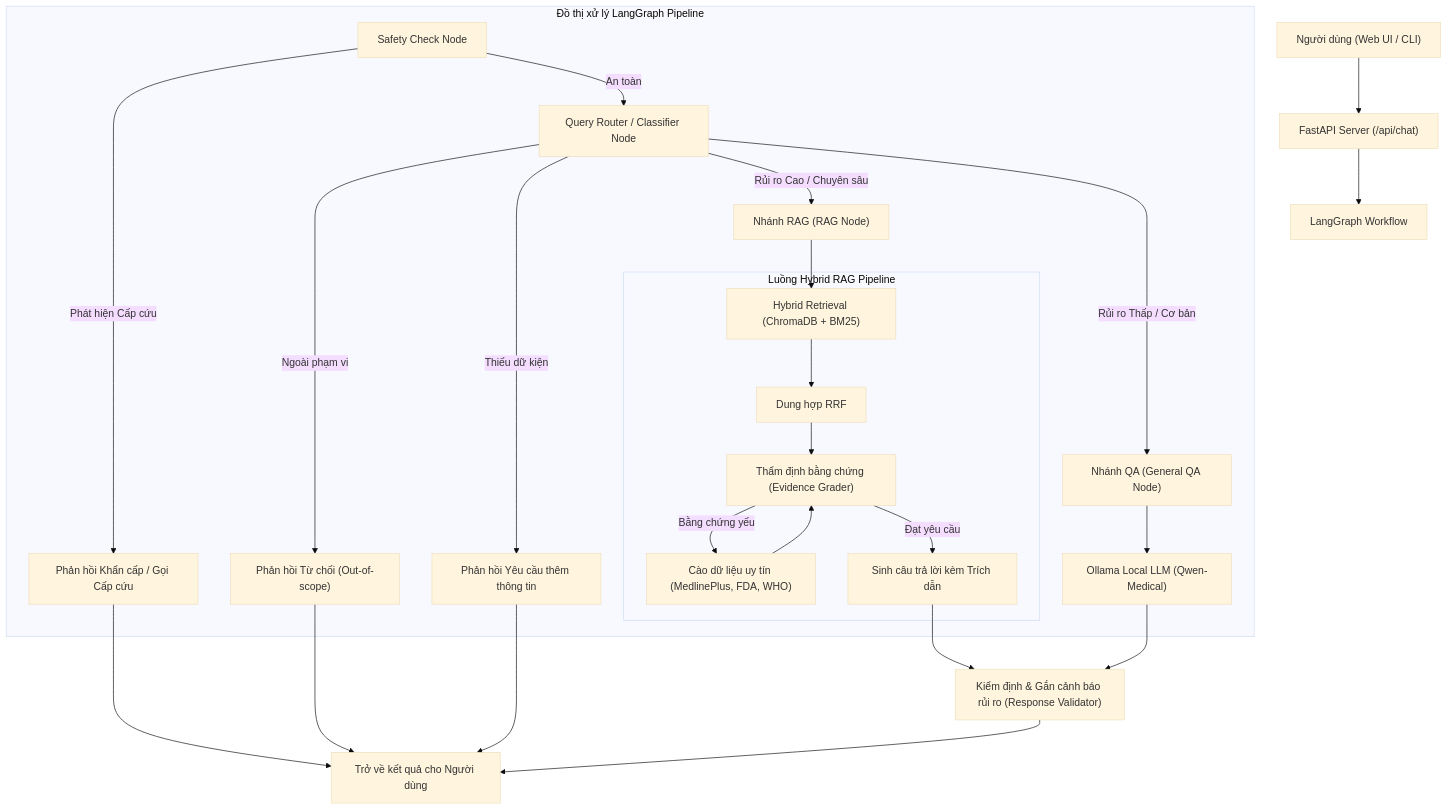
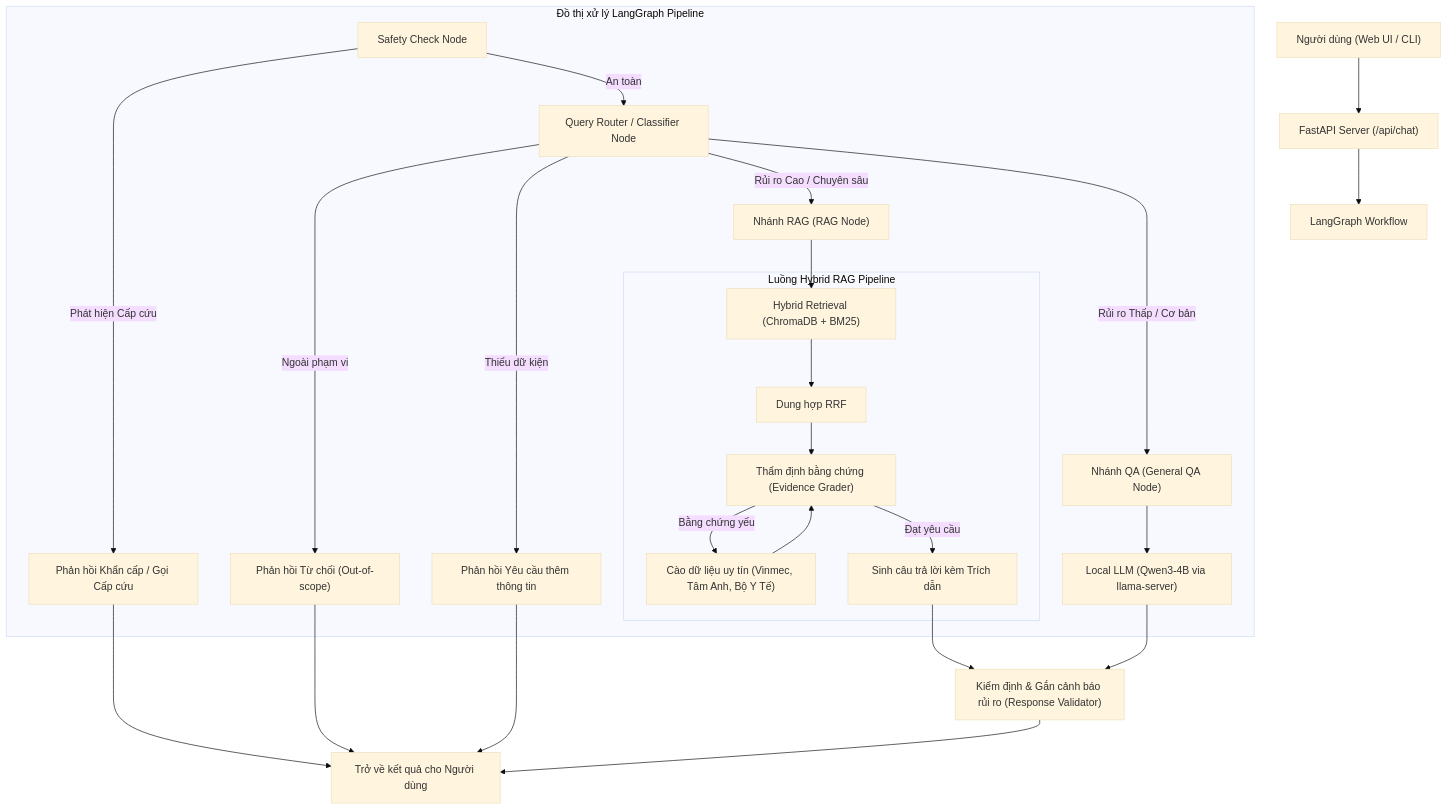
The diagram in README.md (hohiphop1234/Intelligent-Medical-Assistant-for-Healthcare-Consultation), drawn with Mermaid (base theme) before and after one commit. The commit also changed other lines of this file and 5 other files, not shown here.

Commit message:
git commit -am "fix(backend): resolve llama-server path loading bug, centralize config, and update README for Bun"

````diff
--- a/README.md
+++ b/README.md
@@ -48,35 +48,35 @@
 ```mermaid
 flowchart TD
     User["Người dùng (Web UI / CLI)"] --> API["FastAPI Server (/api/chat)"]
     API --> Graph["LangGraph Workflow"]
     
     subgraph LangGraph ["Đồ thị xử lý LangGraph Pipeline"]
         Entry["Safety Check Node"]
         Entry -->|Phát hiện Cấp cứu| Emerg["Phản hồi Khẩn cấp / Gọi Cấp cứu"]
         Entry -->|An toàn| Router["Query Router / Classifier Node"]
         
         Router -->|Ngoài phạm vi| OutScope["Phản hồi Từ chối (Out-of-scope)"]
         Router -->|Thiếu dữ kiện| Insuff["Phản hồi Yêu cầu thêm thông tin"]
         
         Router -->|Rủi ro Cao / Chuyên sâu| RAGNode["Nhánh RAG (RAG Node)"]
         Router -->|Rủi ro Thấp / Cơ bản| LLMNode["Nhánh QA (General QA Node)"]
         
         subgraph RAG ["Luồng Hybrid RAG Pipeline"]
             Ret["Hybrid Retrieval (ChromaDB + BM25)"] --> RRF["Dung hợp RRF"]
             RRF --> Grader["Thẩm định bằng chứng (Evidence Grader)"]
-            Grader -->|Bằng chứng yếu| Web["Cào dữ liệu uy tín (MedlinePlus, FDA, WHO)"]
+            Grader -->|Bằng chứng yếu| Web["Cào dữ liệu uy tín (Vinmec, Tâm Anh, Bộ Y Tế)"]
             Web --> Grader
             Grader -->|Đạt yêu cầu| Gen["Sinh câu trả lời kèm Trích dẫn"]
         end
         
         RAGNode --> Ret
-        LLMNode --> LocalLLM["Ollama Local LLM (Qwen-Medical)"]
+        LLMNode --> LocalLLM["Local LLM (Qwen3-4B via llama-server)"]
     end
     
     Gen --> Validator["Kiểm định & Gắn cảnh báo rủi ro (Response Validator)"]
     LocalLLM --> Validator
     Emerg --> Output["Trở về kết quả cho Người dùng"]
     OutScope --> Output
     Insuff --> Output
     Validator --> Output
 ```
````
